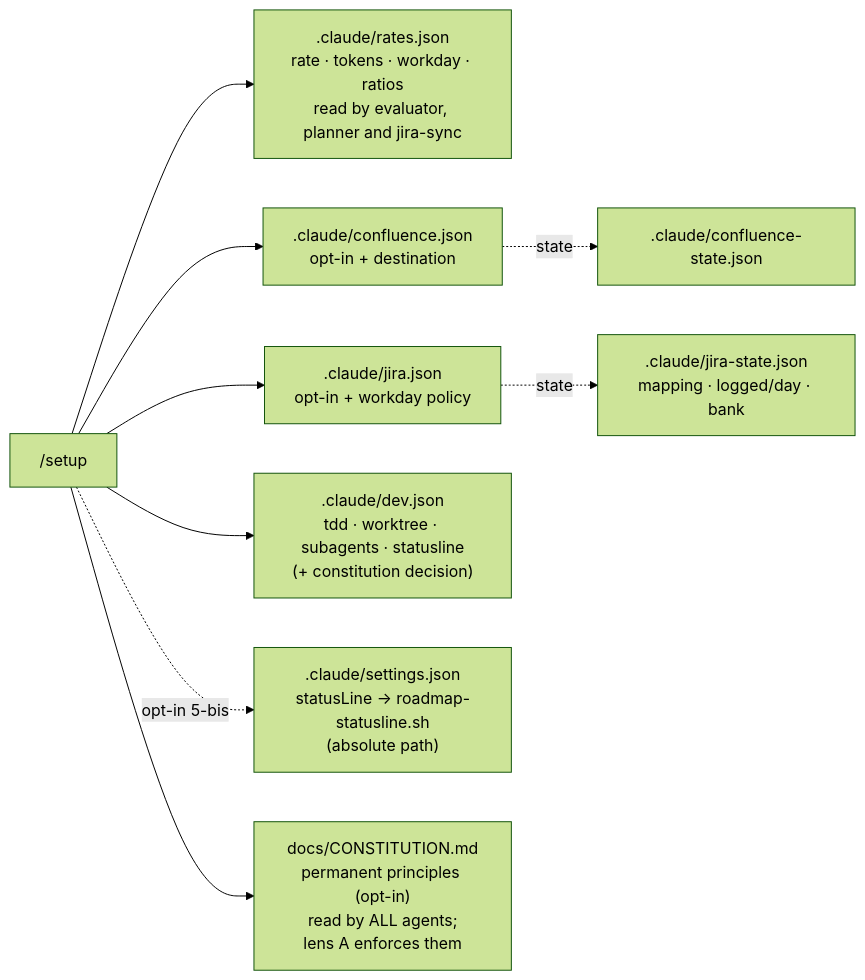
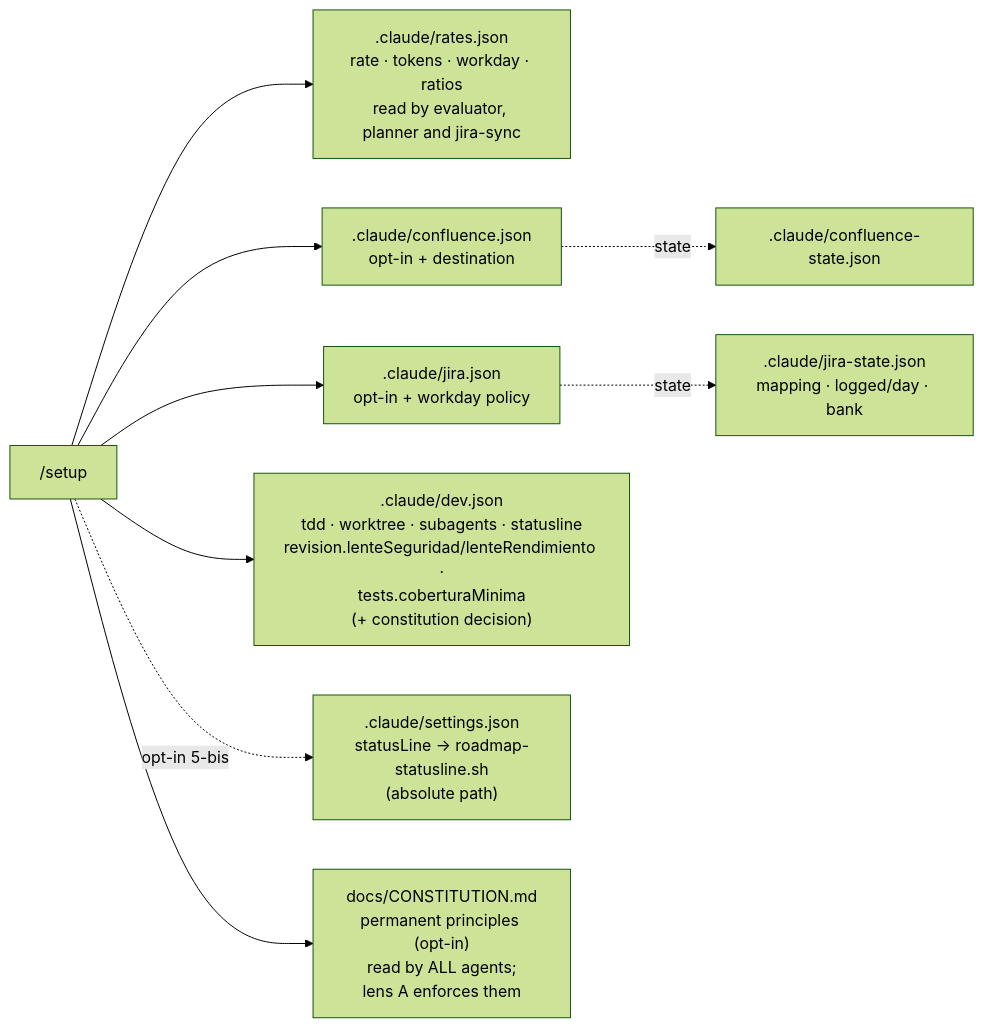
Before and after one commit to daycry/custom-agents: diagram 12 of 12 in docs/en/FLOWS.md, drawn with Mermaid (forest theme). The commit also changed other lines of this file and 215 other files, not shown here.

````diff
--- a/docs/en/FLOWS.md
+++ b/docs/en/FLOWS.md
@@ -260,11 +324,11 @@
 ```mermaid
 flowchart LR
     A["/setup"] --> B[".claude/rates.json<br/>rate · tokens · workday · ratios<br/>read by evaluator, planner and jira-sync"]
     A --> C[".claude/confluence.json<br/>opt-in + destination"]
     A --> D[".claude/jira.json<br/>opt-in + workday policy"]
-    A --> G[".claude/dev.json<br/>tdd · worktree · subagents · statusline<br/>(+ constitution decision)"]
+    A --> G[".claude/dev.json<br/>tdd · worktree · subagents · statusline<br/>revision.lenteSeguridad/lenteRendimiento ·<br/>tests.coberturaMinima<br/>(+ constitution decision)"]
     A -.->|"opt-in 5-bis"| SL[".claude/settings.json<br/>statusLine → roadmap-statusline.sh<br/>(absolute path)"]
     A --> H["docs/CONSTITUTION.md<br/>permanent principles (opt-in)<br/>read by ALL agents;<br/>lens A enforces them"]
     C -.->|state| E[".claude/confluence-state.json"]
     D -.->|state| F[".claude/jira-state.json<br/>mapping · logged/day · bank"]
 ```
````
